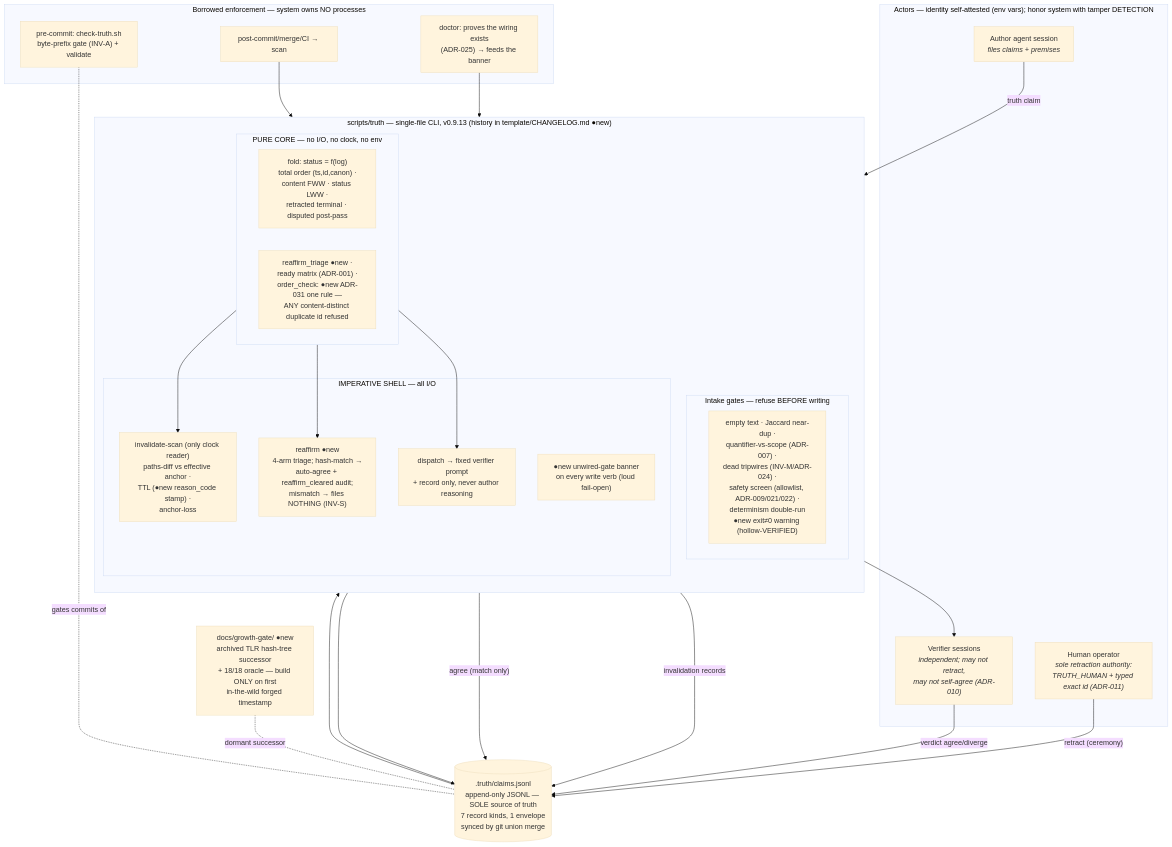
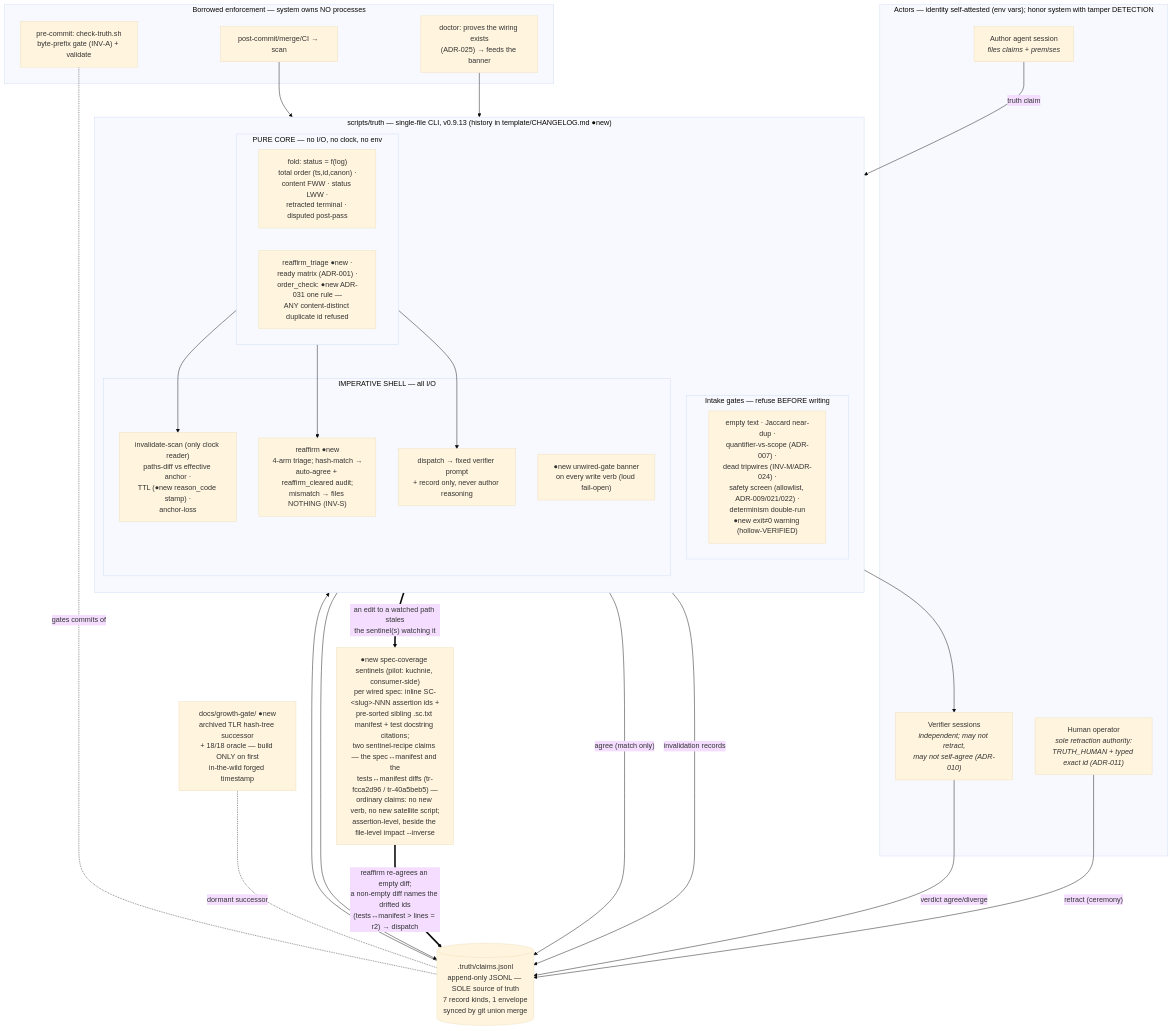
The first of 3 diagrams in docs/diagrams/asbuilt-architecture.md (m1981/truth-ledger), drawn with Mermaid (base theme) before and after one commit. The commit also changed other lines of this file and 5 other files, not shown here.

````diff
--- a/docs/diagrams/asbuilt-architecture.md
+++ b/docs/diagrams/asbuilt-architecture.md
@@ -14,48 +14,52 @@
 ```mermaid
 flowchart TB
   subgraph ACTORS["Actors — identity self-attested (env vars); honor system with tamper DETECTION"]
     AA["Author agent session<br/><i>files claims + premises</i>"]
     VS["Verifier sessions<br/><i>independent; may not retract,<br/>may not self-agree (ADR-010)</i>"]
     HU["Human operator<br/><i>sole retraction authority:<br/>TRUTH_HUMAN + typed exact id (ADR-011)</i>"]
   end
 
   subgraph CLI["scripts/truth — single-file CLI, v0.9.13 (history in template/CHANGELOG.md ●new)"]
     direction TB
     subgraph GATES["Intake gates — refuse BEFORE writing"]
       G["empty text · Jaccard near-dup ·<br/>quantifier-vs-scope (ADR-007) ·<br/>dead tripwires (INV-M/ADR-024) ·<br/>safety screen (allowlist, ADR-009/021/022) ·<br/>determinism double-run<br/>●new exit≠0 warning (hollow-VERIFIED)"]
     end
     subgraph CORE["PURE CORE — no I/O, no clock, no env"]
       F["fold: status = f(log)<br/>total order (ts,id,canon) ·<br/>content FWW · status LWW ·<br/>retracted terminal · disputed post-pass"]
       T["reaffirm_triage ●new ·<br/>ready matrix (ADR-001) ·<br/>order_check: ●new ADR-031 one rule —<br/>ANY content-distinct duplicate id refused"]
     end
     subgraph SHELL["IMPERATIVE SHELL — all I/O"]
       SC["invalidate-scan (only clock reader)<br/>paths-diff vs effective anchor ·<br/>TTL (●new reason_code stamp) ·<br/>anchor-loss"]
       RA["reaffirm ●new<br/>4-arm triage; hash-match →<br/>auto-agree + reaffirm_cleared audit;<br/>mismatch → files NOTHING (INV-S)"]
       DI["dispatch → fixed verifier prompt<br/>+ record only, never author reasoning"]
       BA["●new unwired-gate banner<br/>on every write verb (loud fail-open)"]
     end
   end
 
   LEDGER[(".truth/claims.jsonl<br/>append-only JSONL — SOLE source of truth<br/>7 record kinds, 1 envelope<br/>synced by git union merge")]
 
   subgraph HOST["Borrowed enforcement — system owns NO processes"]
     PC["pre-commit: check-truth.sh<br/>byte-prefix gate (INV-A) + validate"]
     PM["post-commit/merge/CI → scan"]
     DR["doctor: proves the wiring exists<br/>(ADR-025) → feeds the banner"]
   end
 
   GG["docs/growth-gate/ ●new<br/>archived TLR hash-tree successor<br/>+ 18/18 oracle — build ONLY on first<br/>in-the-wild forged timestamp"]
 
+  SPCOV["●new spec-coverage sentinels (pilot: kuchnie, consumer-side)<br/>per wired spec: inline SC-&lt;slug&gt;-NNN assertion ids +<br/>pre-sorted sibling .sc.txt manifest + test docstring citations;<br/>two sentinel-recipe claims — the spec↔manifest and the<br/>tests↔manifest diffs (tr-fcca2d96 / tr-40a5beb5) —<br/>ordinary claims: no new verb, no new satellite script;<br/>assertion-level, beside the file-level impact --inverse"]
+
   AA -->|"truth claim"| GATES --> LEDGER
   HU -->|"retract (ceremony)"| LEDGER
   VS -->|"verdict agree/diverge"| LEDGER
   DI --> VS
   LEDGER --> CORE
   CORE --> SC & RA & DI
   SC -->|"invalidation records"| LEDGER
   RA -->|"agree (match only)"| LEDGER
   PC -.gates commits of.- LEDGER
   PM --> SC
   DR --> BA
   GG -.dormant successor.- LEDGER
+  SC ==>|"an edit to a watched path stales<br/>the sentinel(s) watching it"| SPCOV
+  SPCOV ==>|"reaffirm re-agrees an empty diff;<br/>a non-empty diff names the drifted ids<br/>(tests↔manifest &gt; lines = r2) → dispatch"| LEDGER
 ```
````
